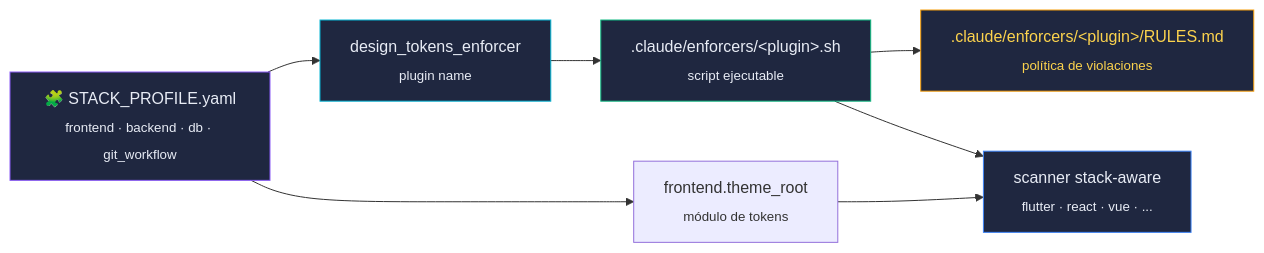
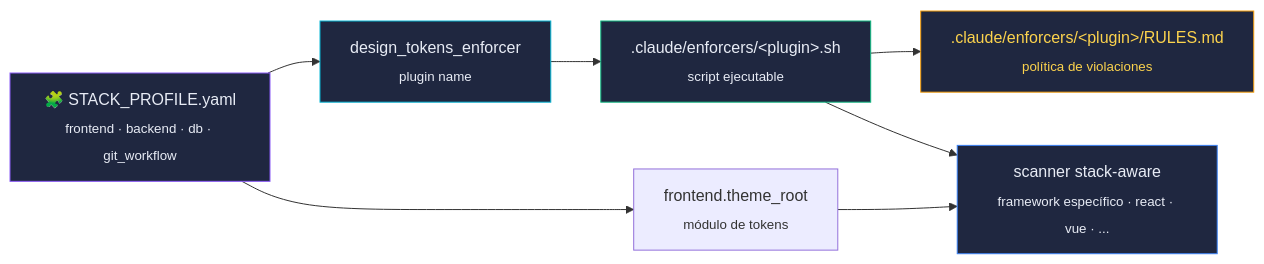
Before and after one commit to sergiolrinditex/React-Python-Login-Admin: the fourth of 8 diagrams in site/diagrams/arquitectura.md, drawn with Mermaid. The commit also changed other lines of this file and 1030 other files, not shown here.

````diff
--- a/site/diagrams/arquitectura.md
+++ b/site/diagrams/arquitectura.md
@@ -168,22 +168,22 @@
 ```mermaid
 flowchart LR
     SP[🧩 STACK_PROFILE.yaml<br><sub>frontend · backend · db · git_workflow</sub>]
     DTE[design_tokens_enforcer<br><sub>plugin name</sub>]
     TR[frontend.theme_root<br><sub>módulo de tokens</sub>]
     PLUG[.claude/enforcers/&lt;plugin&gt;.sh<br><sub>script ejecutable</sub>]
     RULES[.claude/enforcers/&lt;plugin&gt;/RULES.md<br><sub>política de violaciones</sub>]
-    SCAN[scanner stack-aware<br><sub>flutter · react · vue · ...</sub>]
+    SCAN[scanner stack-aware<br><sub>framework específico · react · vue · ...</sub>]
 
     SP --> DTE
     SP --> TR
     DTE --> PLUG
     PLUG --> RULES
     PLUG --> SCAN
     TR --> SCAN
 
     style SP fill:#1f2740,stroke:#8b5cf6,color:#e8ecf5
     style DTE fill:#1f2740,stroke:#06b6d4,color:#e8ecf5
     style PLUG fill:#1f2740,stroke:#10b981,color:#e8ecf5
     style RULES fill:#1f2740,stroke:#f59e0b,color:#fcd34d
     style SCAN fill:#1f2740,stroke:#3b82f6,color:#e8ecf5
 ```
````
